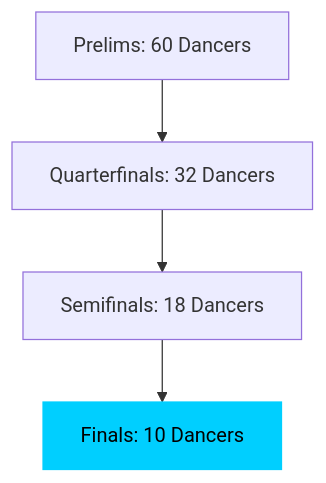
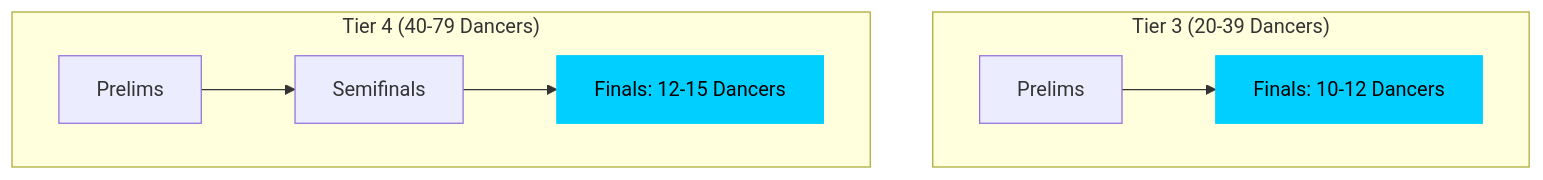
Before and after one commit to arii/tech-dancer: the first of 2 diagrams in content/posts/2026-04-18-why-finals-are-hard.md, drawn with Mermaid. The commit also changed other lines of this file, not shown here.

First line of the commit message:
content: refactor "Why Finals are Hard" to Impeccable standards

````diff
--- a/content/posts/2026-04-18-why-finals-are-hard.md
+++ b/content/posts/2026-04-18-why-finals-are-hard.md
@@ -23,7 +29,13 @@
 ```mermaid
 graph TD
-    A[Prelims: 60 Dancers] --> B[Quarterfinals: 32 Dancers]
-    B --> C[Semifinals: 18 Dancers]
-    C --> D[Finals: 10 Dancers]
-    style D fill:#00cfff,stroke:#00cfff,color:#000
+    subgraph "Tier 3 (20-39 Dancers)"
+        T3A[Prelims] --> T3B[Finals: 10-12 Dancers]
+        style T3B fill:#00cfff,stroke:#00cfff,color:#000
+    end
+
+    subgraph "Tier 4 (40-79 Dancers)"
+        T4A[Prelims] --> T4B[Semifinals]
+        T4B --> T4C[Finals: 12-15 Dancers]
+        style T4C fill:#00cfff,stroke:#00cfff,color:#000
+    end
 ```
````
